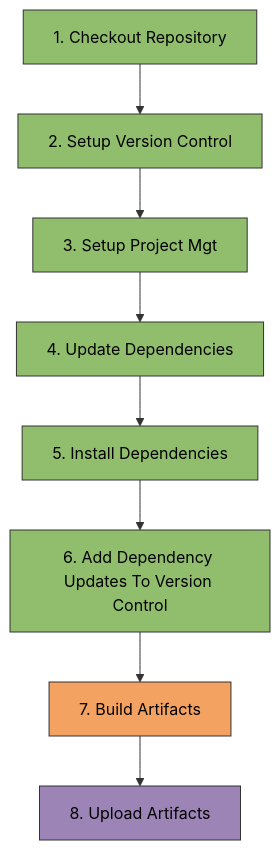
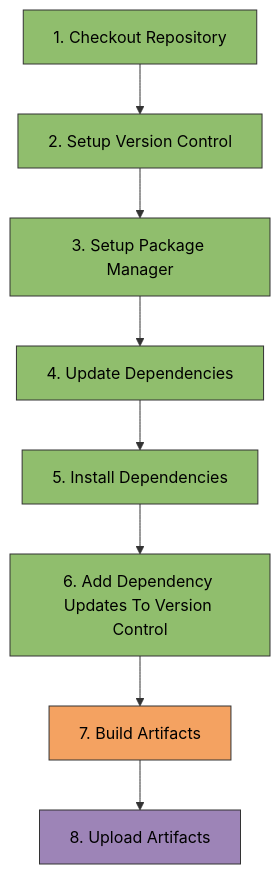
Before and after one commit to Winipedia/pyrig: the second of 3 diagrams in docs/configs/workflows/build.md, drawn with Mermaid. The commit also changed other lines of this file and 3 other files, not shown here.

````diff
--- a/docs/configs/workflows/build.md
+++ b/docs/configs/workflows/build.md
@@ -71,19 +71,19 @@
 ```mermaid
 graph TD
     S1[1. Checkout Repository] --> S2[2. Setup Version Control]
-    S2 --> S3[3. Setup Project Mgt]
+    S2 --> S3[3. Setup Package Manager]
     S3 --> S4[4. Update Dependencies]
     S4 --> S5[5. Install Dependencies]
     S5 --> S6[6. Add Dependency Updates To Version Control]
     S6 --> S7[7. Build Artifacts]
     S7 --> S8[8. Upload Artifacts]
 
     style S1 fill:#90be6d,stroke:#333,stroke-width:1px,color:#000
     style S2 fill:#90be6d,stroke:#333,stroke-width:1px,color:#000
     style S3 fill:#90be6d,stroke:#333,stroke-width:1px,color:#000
 	    style S4 fill:#90be6d,stroke:#333,stroke-width:1px,color:#000
 	    style S5 fill:#90be6d,stroke:#333,stroke-width:1px,color:#000
 	    style S6 fill:#90be6d,stroke:#333,stroke-width:1px,color:#000
 	    style S7 fill:#f4a261,stroke:#333,stroke-width:1px,color:#000
 	    style S8 fill:#9d84b7,stroke:#333,stroke-width:1px,color:#000
 ```
````
